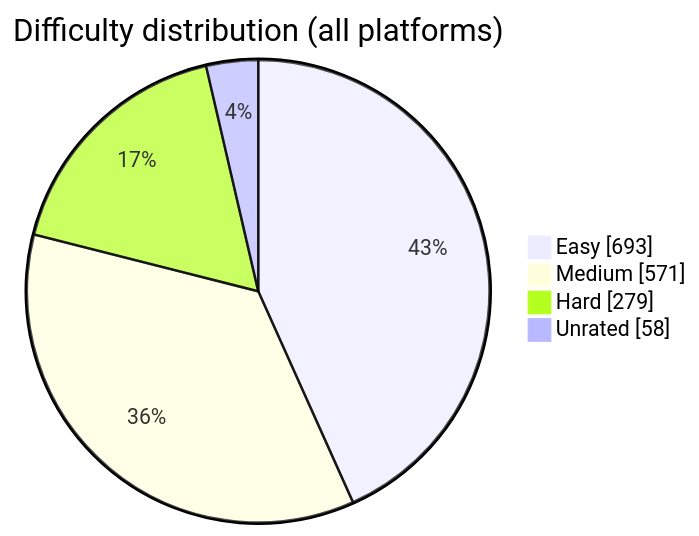
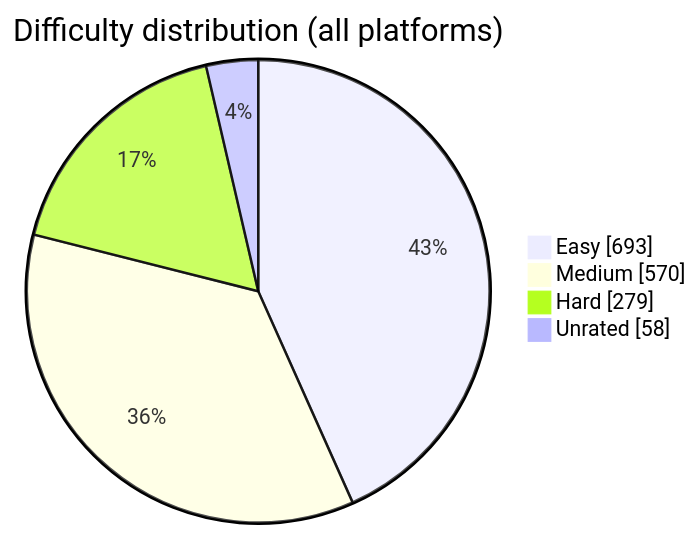
Before and after one commit to BuildbyArindam/Daily-Coding-Log: the diagram in README.md, drawn with Mermaid. The commit also changed other lines of this file, not shown here.

````diff
--- a/README.md
+++ b/README.md
@@ -93,7 +93,7 @@
 ```mermaid
 pie showData title Difficulty distribution (all platforms)
     "Easy" : 693
-    "Medium" : 571
+    "Medium" : 570
     "Hard" : 279
     "Unrated" : 58
 ```
````
